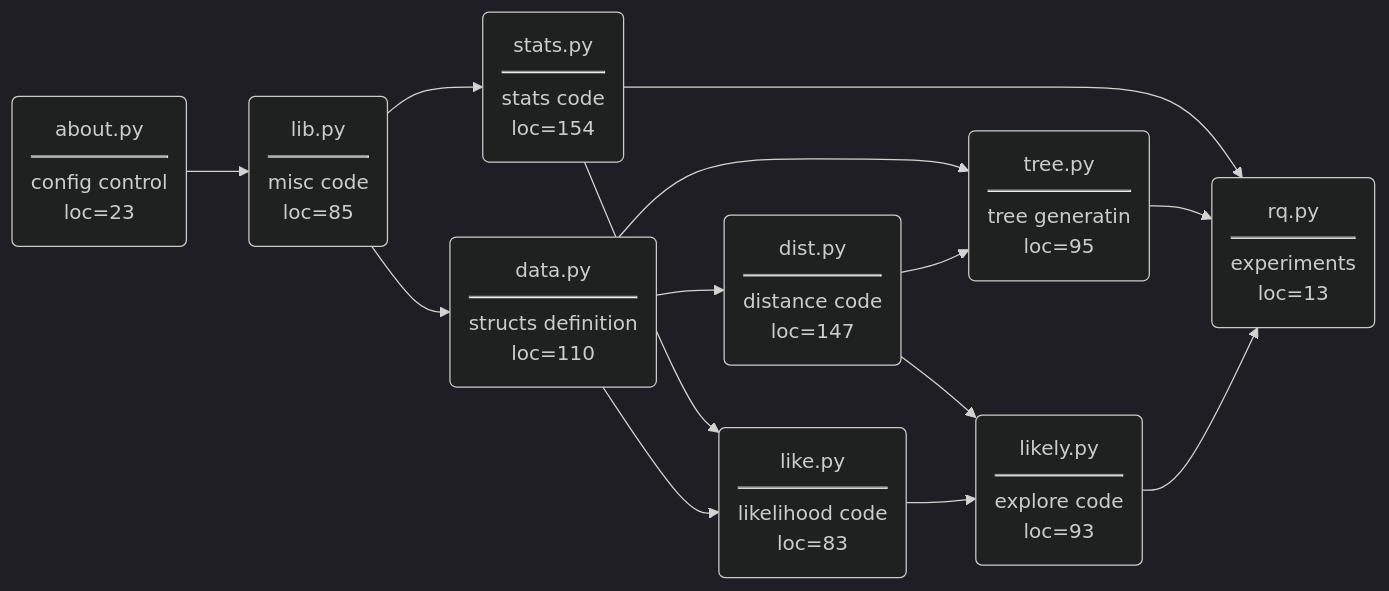
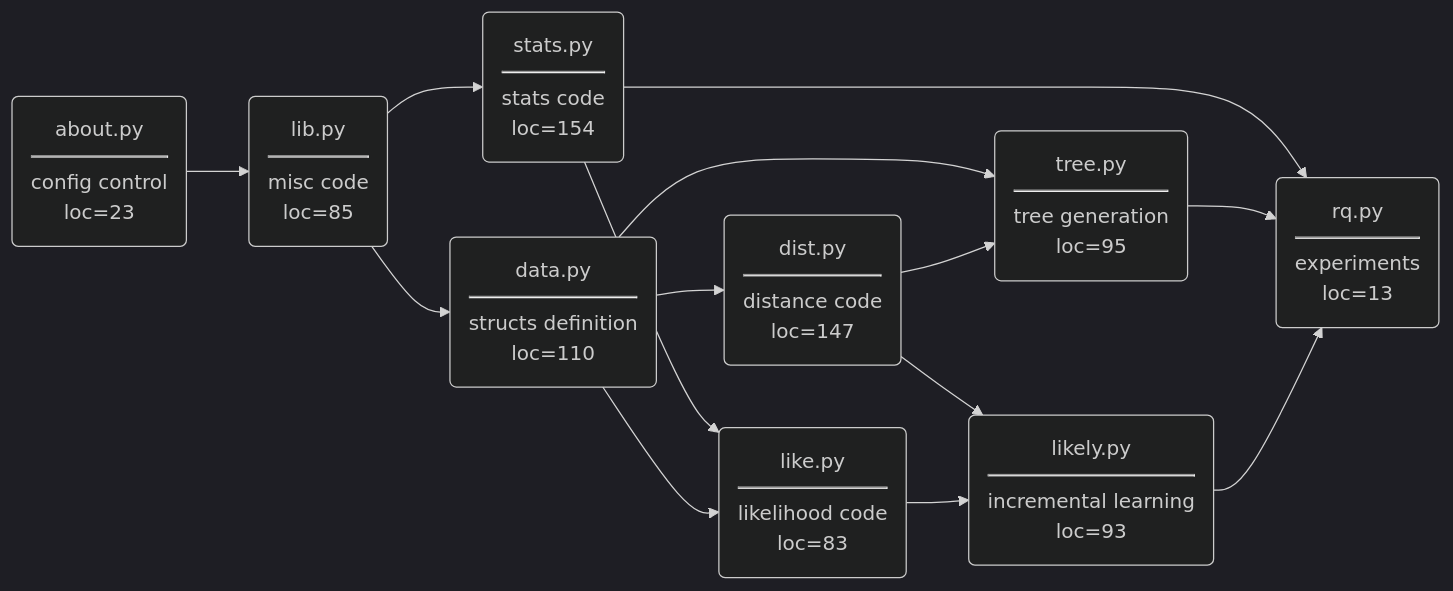
One commit to timm/ezr changed the diagram in ezr/README.md. Above: the diagram before and after it, drawn with Mermaid (dark theme).

````diff
--- a/ezr/README.md
+++ b/ezr/README.md
@@ -3,25 +3,25 @@
 ```mermaid
 graph LR;
 lib(lib.py<hr>misc code<br>loc=85);
 about(about.py<hr>config control<br>loc=23);
 data(data.py<hr>structs definition<br>loc=110)
 dist(dist.py<hr>distance code<br>loc=147);
 like(like.py<hr>likelihood code<br>loc=83);
-likely(likely.py<hr>explore code<br>loc=93);
+likely(likely.py<hr>incremental learning<br>loc=93);
 rq(rq.py<hr>experiments<br>loc=13);
 stats(stats.py<hr>stats code<br>loc=154);
-tree(tree.py<hr>tree generatin<br>loc=95);
+tree(tree.py<hr>tree generation<br>loc=95);
 lib --> data;
 stats --> like;
 stats --> rq;
 data --> dist;
 about --> lib;
 data --> like;
 dist --> likely;
 like --> likely;
 lib --> stats;
 data --> tree;
 dist --> tree;
 tree --> rq;
 likely --> rq;
 ```
````
